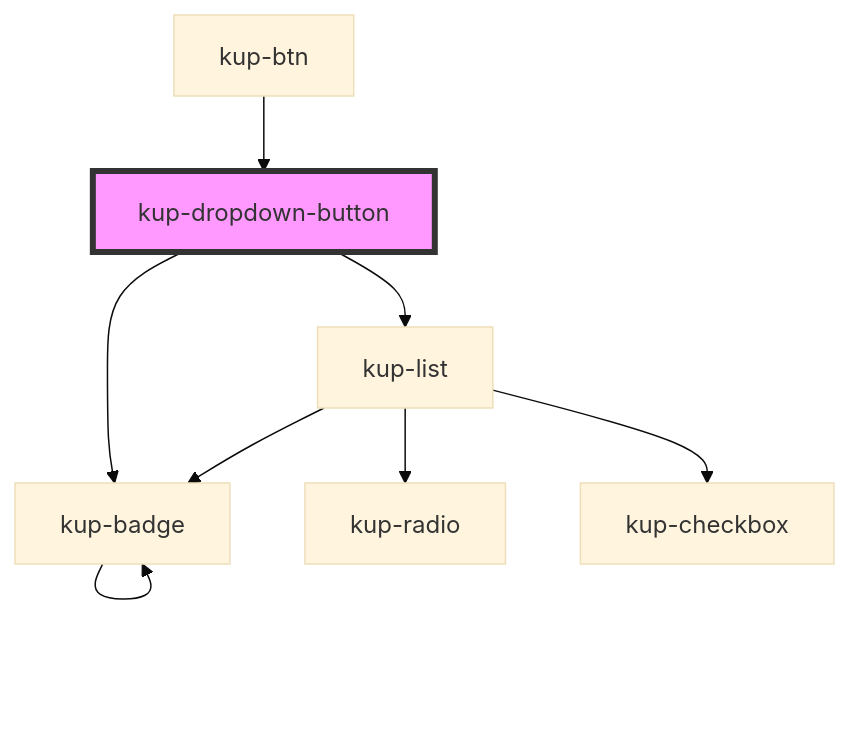
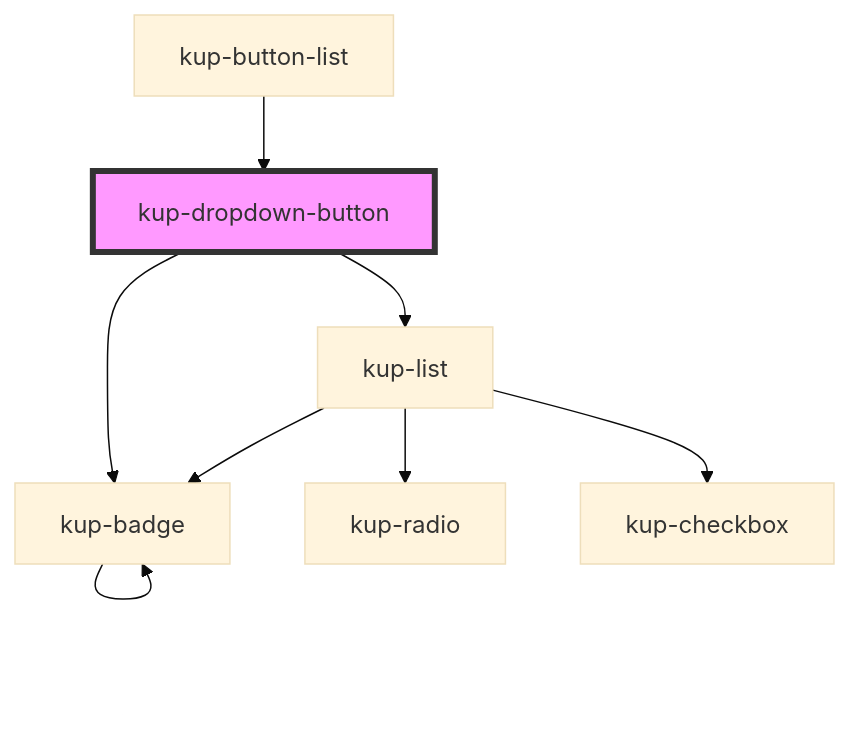
One commit to smeup/ketchup changed the diagram in packages/ketchup/src/components/kup-dropdown-button/readme.md. Above: the diagram before and after it, drawn with Mermaid (base theme). The commit also changed other lines of this file and 36 other files, not shown here.

Commit message:
Refactor kup-btn to kup-button-list

````diff
--- a/packages/ketchup/src/components/kup-dropdown-button/readme.md
+++ b/packages/ketchup/src/components/kup-dropdown-button/readme.md
@@ -90,11 +90,11 @@
 ```mermaid
 graph TD;
   kup-dropdown-button --> kup-list
   kup-dropdown-button --> kup-badge
   kup-list --> kup-radio
   kup-list --> kup-checkbox
   kup-list --> kup-badge
   kup-badge --> kup-badge
-  kup-btn --> kup-dropdown-button
+  kup-button-list --> kup-dropdown-button
   style kup-dropdown-button fill:#f9f,stroke:#333,stroke-width:4px
 ```
````
